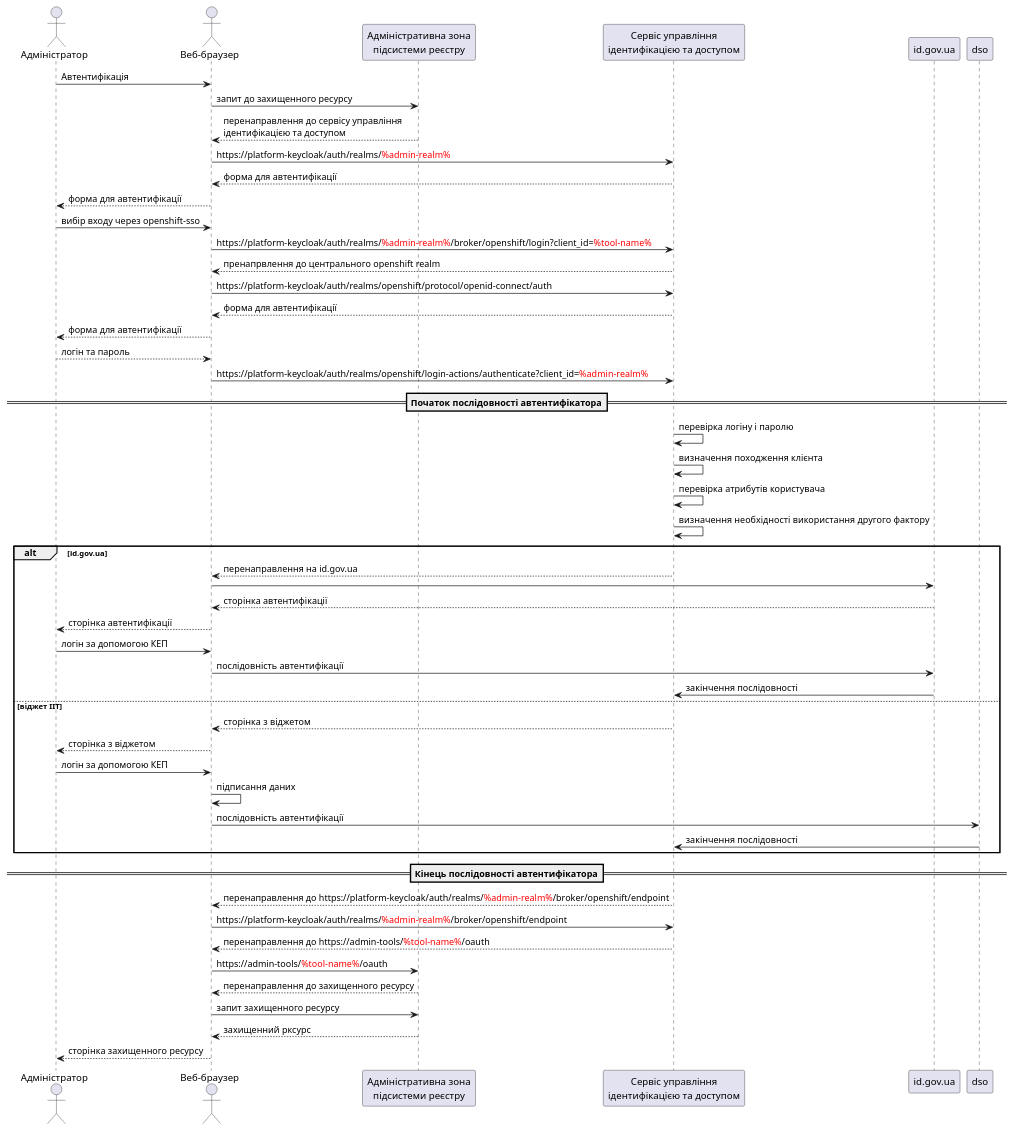
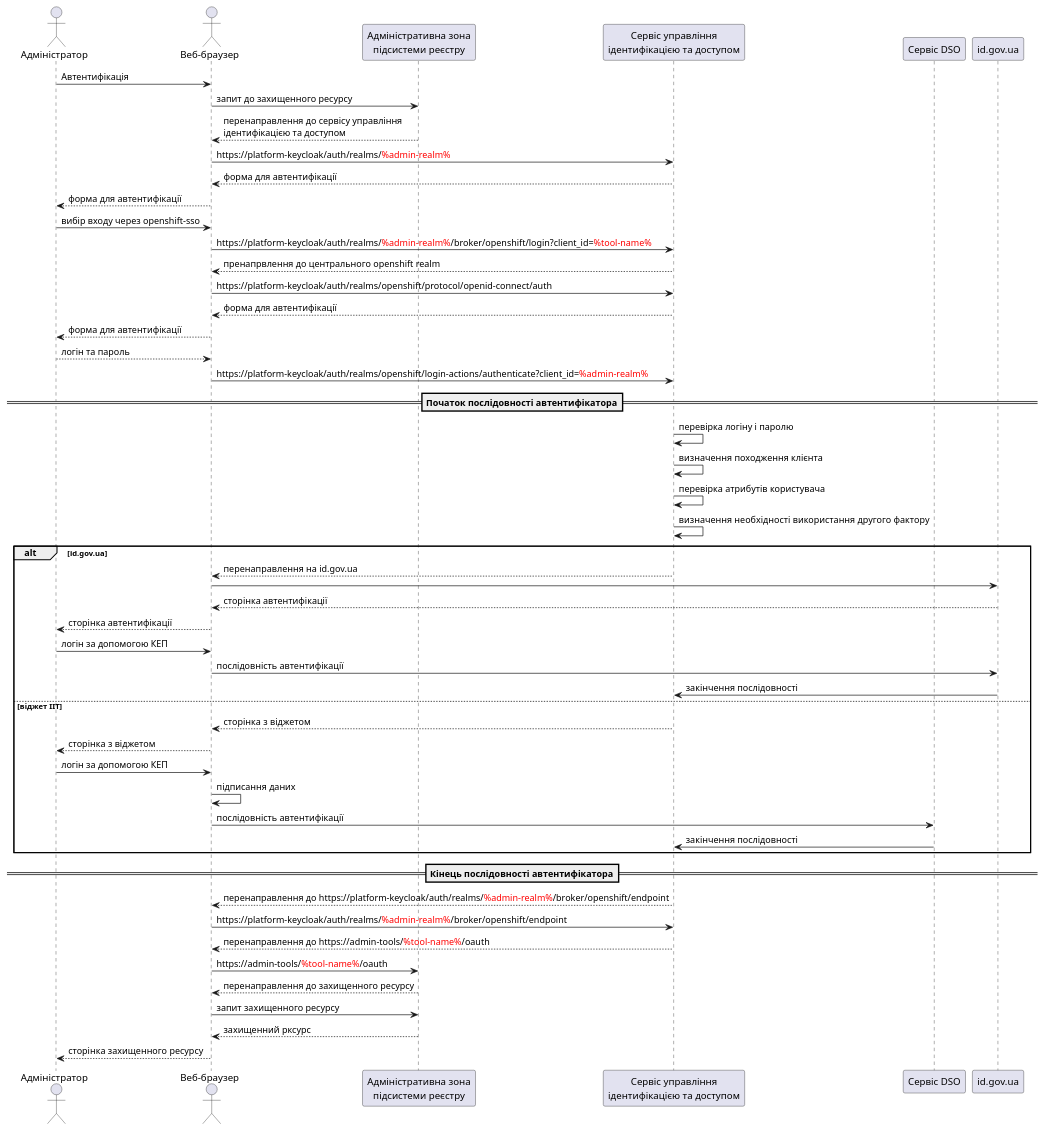
One commit to epam/edp-ddm-architecture changed the fourth of 4 diagrams in modules/arch/pages/architecture-workspace/platform-evolution/certificate-admin-login.adoc. Above: the diagram before and after it, drawn with PlantUML. The commit also changed other lines of this file and 1 other file, not shown here.

```diff
--- a/modules/arch/pages/architecture-workspace/platform-evolution/certificate-admin-login.adoc
+++ b/modules/arch/pages/architecture-workspace/platform-evolution/certificate-admin-login.adoc
@@ -147,53 +153,54 @@
 [plantuml]
 ----
 actor "Адміністратор" as admin
 actor "Веб-браузер" as browser
 participant "Адміністративна зона\nпідсистеми реєстру" as admin_tool
 participant "Сервіс управління\nідентифікацією та доступом" as key
+participant "Сервіс DSO" as dso
 
 admin -> browser: Автентифікація
 browser -> admin_tool: запит до захищенного ресурсу
 return перенаправлення до сервісу управління\nідентифікацією та доступом
 browser -> key: https://platform-keycloak/auth/realms/<color:red>%admin-realm%</color>
 return форма для автентифікації
 browser --> admin: форма для автентифікації
 admin -> browser: вибір входу через openshift-sso
 browser -> key: https://platform-keycloak/auth/realms/<color:red>%admin-realm%</color>/broker/openshift/login?client_id=<color:red>%tool-name%</color>
 return пренапрвлення до центрального openshift realm
 browser -> key: https://platform-keycloak/auth/realms/openshift/protocol/openid-connect/auth
 return форма для автентифікації
 browser --> admin: форма для автентифікації
 admin --> browser: логін та пароль
 browser -> key: https://platform-keycloak/auth/realms/openshift/login-actions/authenticate?client_id=<color:red>%admin-realm%</color>
 ==Початок послідовності автентифікатора==
 key -> key: перевірка логіну і паролю
 key -> key: визначення походження клієнта
 key -> key: перевірка атрибутів користувача
 key -> key: визначення необхідності використання другого фактору
 alt id.gov.ua
 key --> browser: перенаправлення на id.gov.ua
 browser -> id.gov.ua
 id.gov.ua --> browser: сторінка автентифікації
 browser --> admin: сторінка автентифікації
 admin -> browser: логін за допомогою КЕП
 browser -> id.gov.ua: послідовність автентифікації
 id.gov.ua -> key: закінчення послідовності
 else віджет ІІТ
 key --> browser: сторінка з віджетом
 browser --> admin: сторінка з віджетом
 admin -> browser: логін за допомогою КЕП
 browser -> browser: підписання даних
 browser -> dso: послідовність автентифікації
 dso -> key: закінчення послідовності
 end
 
 ==Кінець послідовності автентифікатора==
 key --> browser: перенаправлення до https://platform-keycloak/auth/realms/<color:red>%admin-realm%</color>/broker/openshift/endpoint
 browser -> key: https://platform-keycloak/auth/realms/<color:red>%admin-realm%</color>/broker/openshift/endpoint
 return перенаправлення до https://admin-tools/<color:red>%tool-name%</color>/oauth
 browser -> admin_tool: https://admin-tools/<color:red>%tool-name%</color>/oauth
 return  перенаправлення до захищенного ресурсу
 browser -> admin_tool: запит захищенного ресурсу
 return захищенний рксурс
 browser --> admin: сторінка захищенного ресурсу
 ----
```
